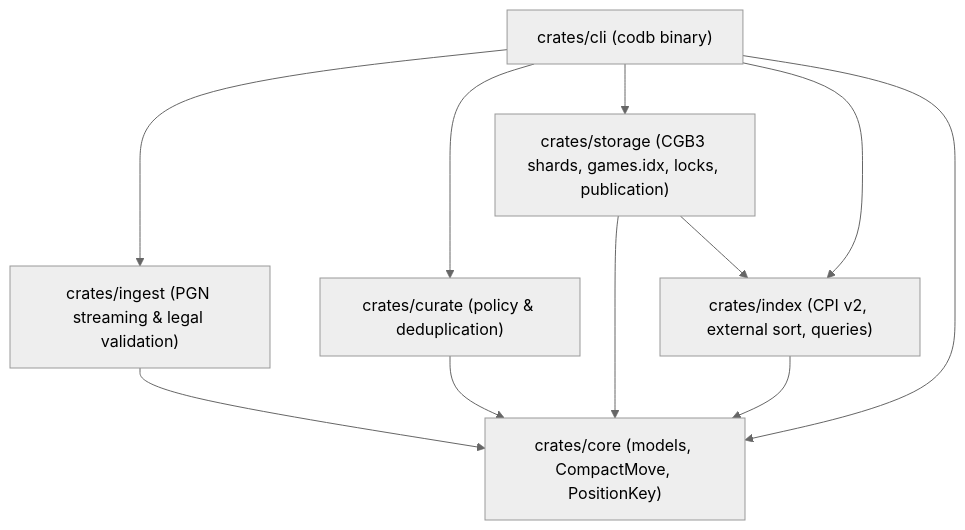
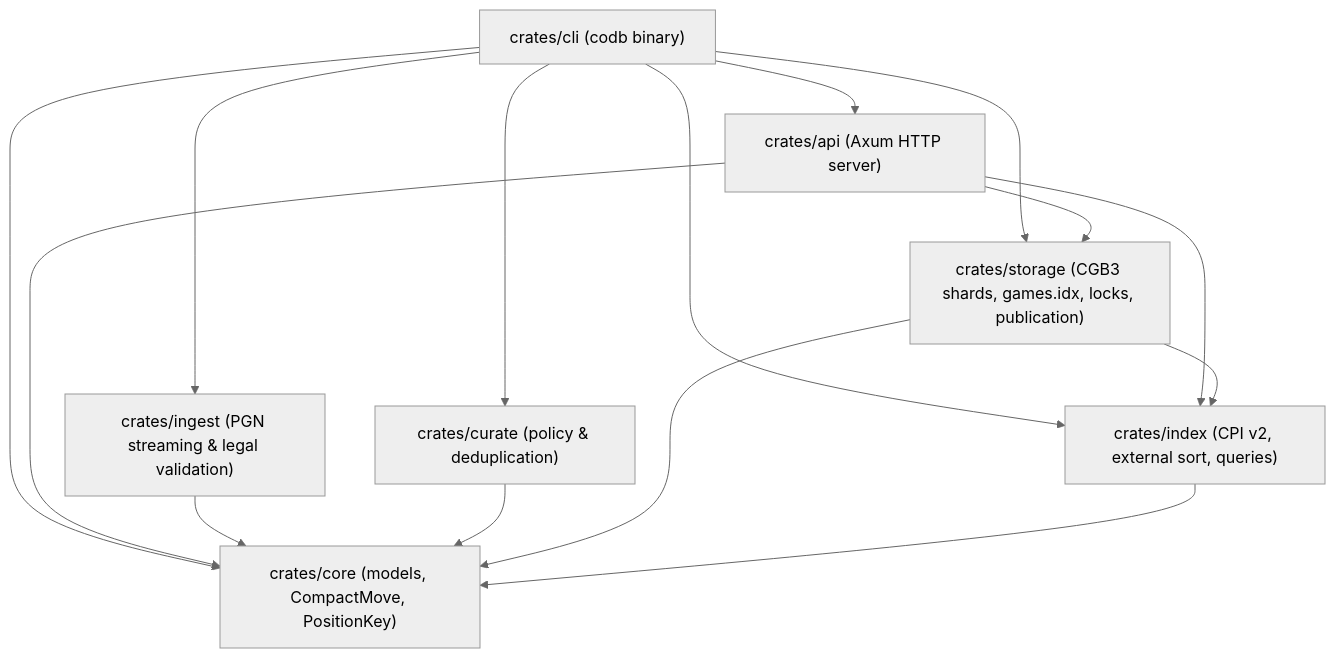
The first of 3 diagrams in docs/ARCHITECTURE.md (Nerver-zip/chess-database-api), drawn with Mermaid (neutral theme) before and after one commit. The commit also changed other lines of this file and 37 other files, not shown here.

First line of the commit message:
feat(api): Production-Ready Opening Explorer Read-Only HTTP API Service (PR-04) (#5)

````diff
--- a/docs/ARCHITECTURE.md
+++ b/docs/ARCHITECTURE.md
@@ -34,21 +35,27 @@
 ```mermaid
 flowchart TD
     CLI["crates/cli (codb binary)"]
+    API["crates/api (Axum HTTP server)"]
     INGEST["crates/ingest (PGN streaming & legal validation)"]
     CURATE["crates/curate (policy & deduplication)"]
     STORAGE["crates/storage (CGB3 shards, games.idx, locks, publication)"]
     INDEX["crates/index (CPI v2, external sort, queries)"]
     CORE["crates/core (models, CompactMove, PositionKey)"]
 
+    CLI --> API
     CLI --> INGEST
     CLI --> CURATE
     CLI --> STORAGE
     CLI --> INDEX
     CLI --> CORE
+
+    API --> STORAGE
+    API --> INDEX
+    API --> CORE
 
     INGEST --> CORE
     CURATE --> CORE
     STORAGE --> CORE
     STORAGE --> INDEX
     INDEX --> CORE
 ```
````
